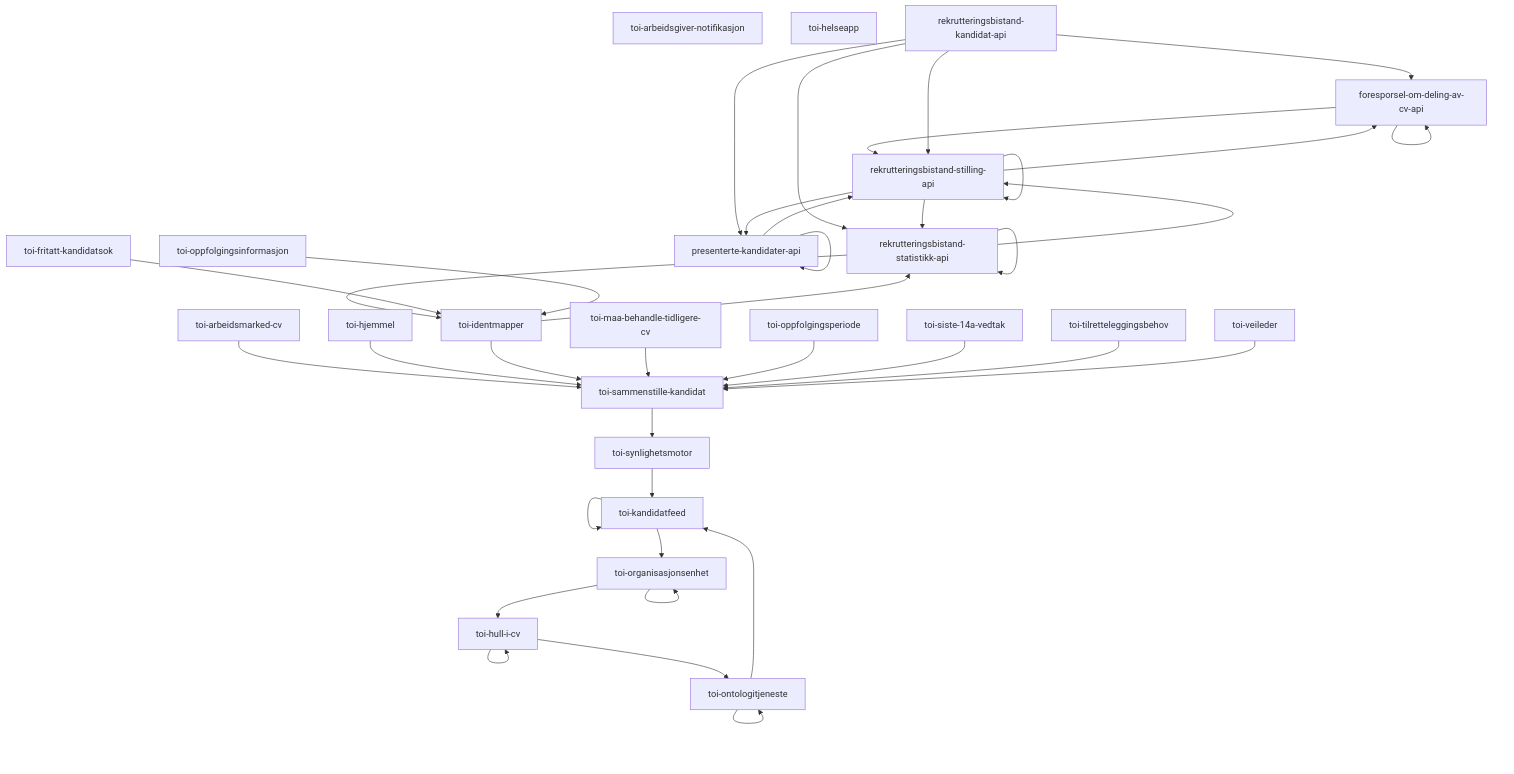
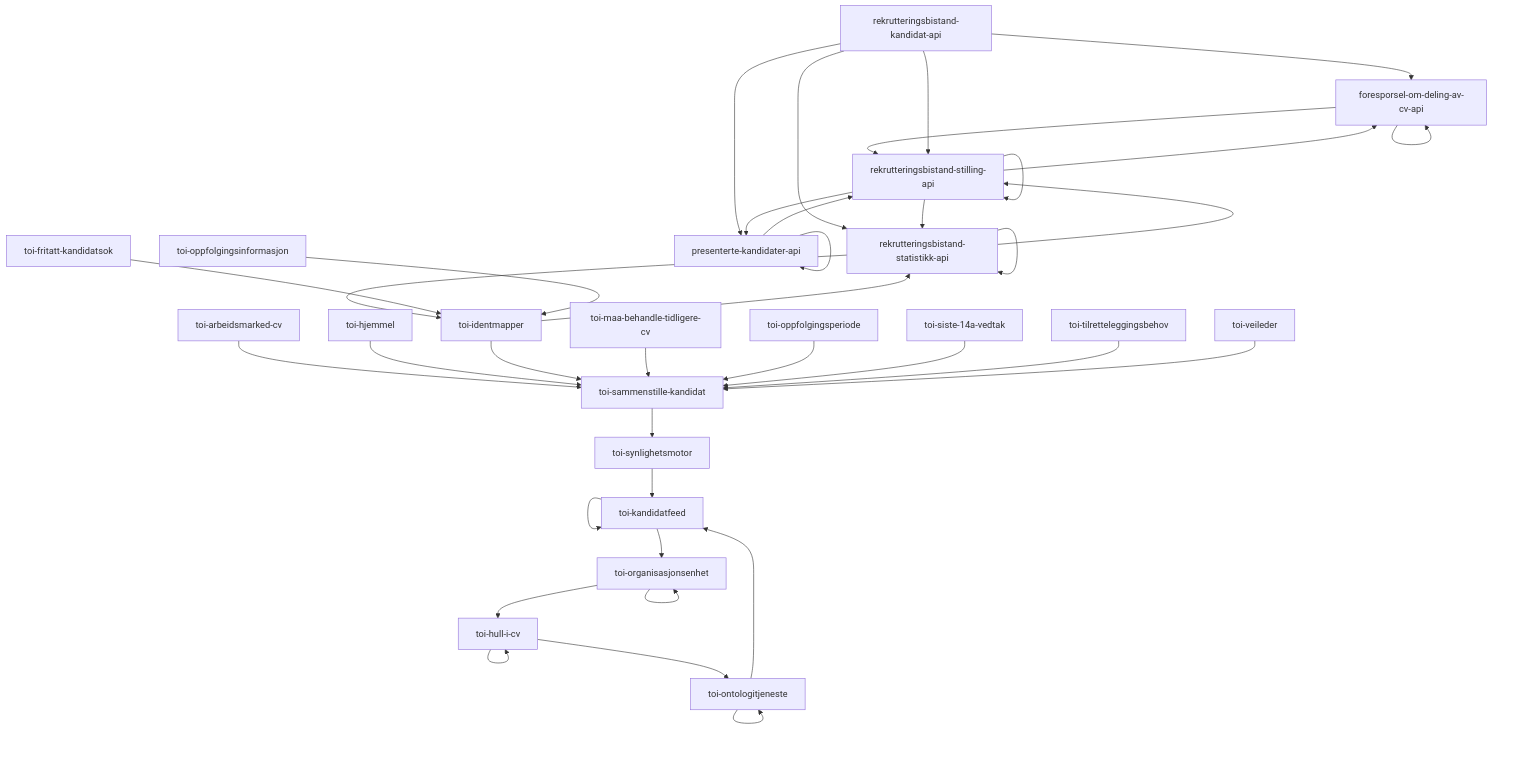
The first of 34 diagrams in README.md (navikt/toi-rapids-and-rivers-grapher), drawn with Mermaid before and after one commit. The commit also changed other lines of this file, not shown here.

````diff
--- a/README.md
+++ b/README.md
@@ -5,41 +5,39 @@
 ```mermaid
 graph TD;
-toi-arbeidsgiver-notifikasjon;
-toi-helseapp;
 foresporsel-om-deling-av-cv-api --> foresporsel-om-deling-av-cv-api;
 foresporsel-om-deling-av-cv-api --> rekrutteringsbistand-stilling-api;
 presenterte-kandidater-api --> presenterte-kandidater-api;
 presenterte-kandidater-api --> rekrutteringsbistand-stilling-api;
 rekrutteringsbistand-kandidat-api --> foresporsel-om-deling-av-cv-api;
 rekrutteringsbistand-kandidat-api --> presenterte-kandidater-api;
 rekrutteringsbistand-kandidat-api --> rekrutteringsbistand-statistikk-api;
 rekrutteringsbistand-kandidat-api --> rekrutteringsbistand-stilling-api;
 rekrutteringsbistand-statistikk-api --> rekrutteringsbistand-statistikk-api;
 rekrutteringsbistand-statistikk-api --> rekrutteringsbistand-stilling-api;
 rekrutteringsbistand-statistikk-api --> toi-identmapper;
 rekrutteringsbistand-stilling-api --> foresporsel-om-deling-av-cv-api;
 rekrutteringsbistand-stilling-api --> presenterte-kandidater-api;
 rekrutteringsbistand-stilling-api --> rekrutteringsbistand-statistikk-api;
 rekrutteringsbistand-stilling-api --> rekrutteringsbistand-stilling-api;
 toi-arbeidsmarked-cv --> toi-sammenstille-kandidat;
 toi-fritatt-kandidatsok --> toi-identmapper;
 toi-hjemmel --> toi-sammenstille-kandidat;
 toi-hull-i-cv --> toi-hull-i-cv;
 toi-hull-i-cv --> toi-ontologitjeneste;
 toi-identmapper --> rekrutteringsbistand-statistikk-api;
 toi-identmapper --> toi-sammenstille-kandidat;
 toi-kandidatfeed --> toi-kandidatfeed;
 toi-kandidatfeed --> toi-organisasjonsenhet;
 toi-maa-behandle-tidligere-cv --> toi-sammenstille-kandidat;
 toi-ontologitjeneste --> toi-kandidatfeed;
 toi-ontologitjeneste --> toi-ontologitjeneste;
 toi-oppfolgingsinformasjon --> toi-identmapper;
 toi-oppfolgingsperiode --> toi-sammenstille-kandidat;
 toi-organisasjonsenhet --> toi-hull-i-cv;
 toi-organisasjonsenhet --> toi-organisasjonsenhet;
 toi-sammenstille-kandidat --> toi-synlighetsmotor;
 toi-siste-14a-vedtak --> toi-sammenstille-kandidat;
 toi-synlighetsmotor --> toi-kandidatfeed;
 toi-tilretteleggingsbehov --> toi-sammenstille-kandidat;
 toi-veileder --> toi-sammenstille-kandidat;
 ```
````
